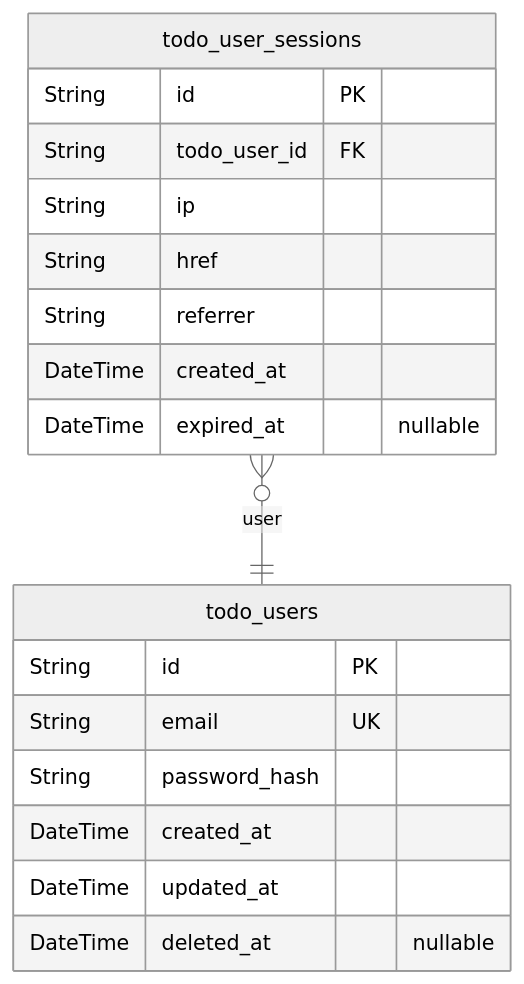
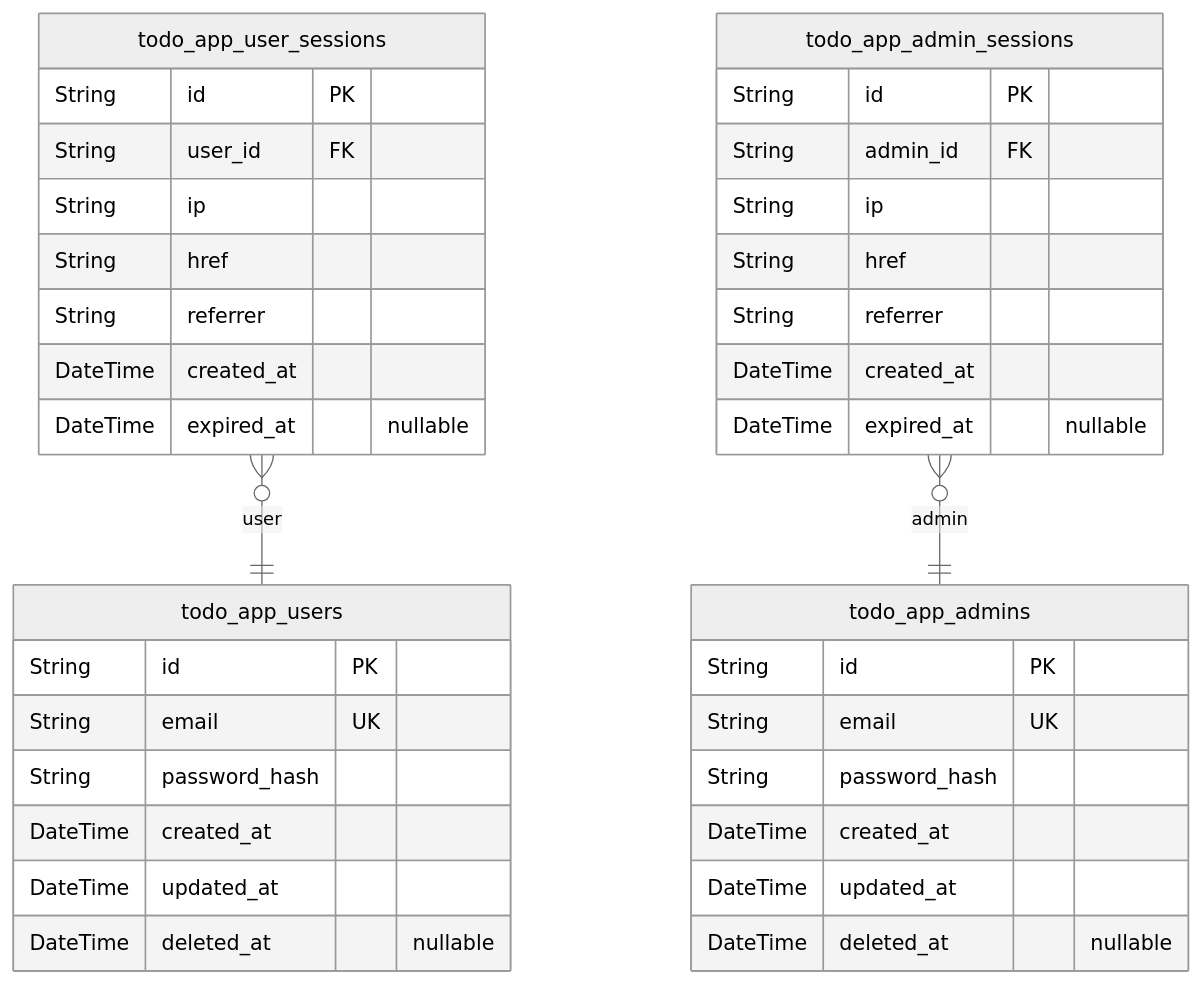
The second of 5 diagrams in qwen/qwen3-next-80b-a3b-instruct/todo/docs/ERD.md (wrtnlabs/autobe-examples), drawn with Mermaid (neutral theme) before and after one commit. The commit also changed other lines of this file and 960 other files, not shown here.

````diff
--- a/qwen/qwen3-next-80b-a3b-instruct/todo/docs/ERD.md
+++ b/qwen/qwen3-next-80b-a3b-instruct/todo/docs/ERD.md
@@ -10,21 +61,39 @@
 ```mermaid
 erDiagram
-"todo_users" {
+"todo_app_users" {
   String id PK
   String email UK
   String password_hash
   DateTime created_at
   DateTime updated_at
   DateTime deleted_at "nullable"
 }
-"todo_user_sessions" {
+"todo_app_user_sessions" {
   String id PK
-  String todo_user_id FK
+  String user_id FK
   String ip
   String href
   String referrer
   DateTime created_at
   DateTime expired_at "nullable"
 }
-"todo_user_sessions" }o--|| "todo_users" : user
+"todo_app_admins" {
+  String id PK
+  String email UK
+  String password_hash
+  DateTime created_at
+  DateTime updated_at
+  DateTime deleted_at "nullable"
+}
+"todo_app_admin_sessions" {
+  String id PK
+  String admin_id FK
+  String ip
+  String href
+  String referrer
+  DateTime created_at
+  DateTime expired_at "nullable"
+}
+"todo_app_user_sessions" }o--|| "todo_app_users" : user
+"todo_app_admin_sessions" }o--|| "todo_app_admins" : admin
 ```
````
